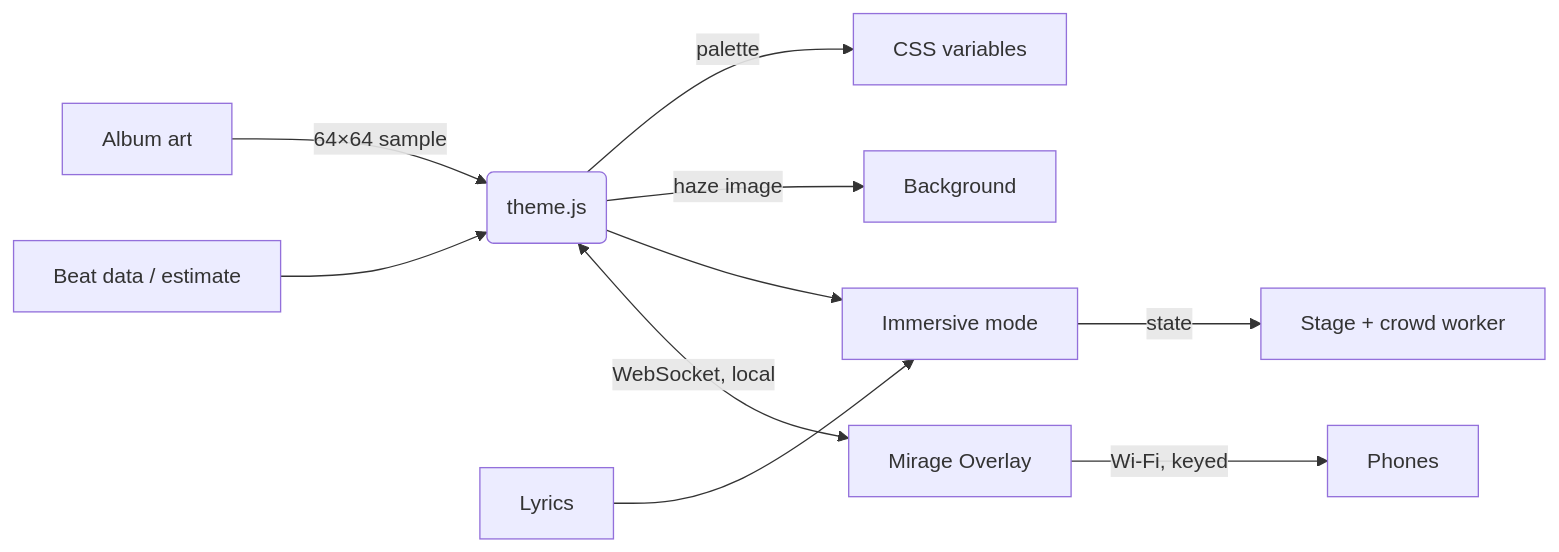
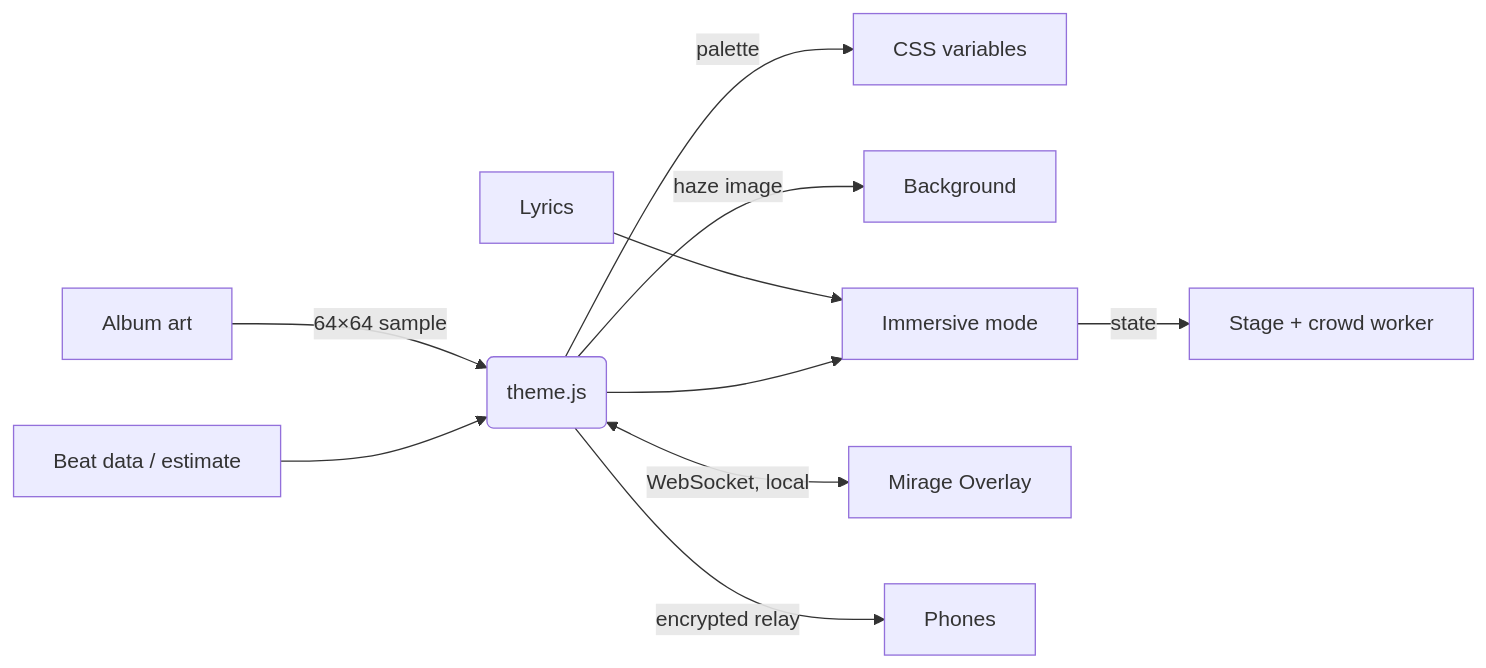
The diagram in README.md (Passimoritz/spicetify-mirage), drawn with Mermaid before and after one commit. The commit also changed other lines of this file and 14 other files, not shown here.

Commit message:
feat: live link over an end-to-end encrypted relay, phone page on GitHub Pages (v1.13.0)

````diff
--- a/README.md
+++ b/README.md
@@ -278,12 +278,12 @@
 ```mermaid
 flowchart LR
   A[Album art] -->|64×64 sample| B(theme.js)
   B -->|palette| C[CSS variables]
   B -->|haze image| D[Background]
   E[Beat data / estimate] --> B
   F[Lyrics] --> G[Immersive mode]
   B --> G
   G -->|state| W[Stage + crowd worker]
   B <-->|WebSocket, local| H[Mirage Overlay]
-  H -->|Wi-Fi, keyed| P[Phones]
+  B -->|encrypted relay| P[Phones]
 ```
````
